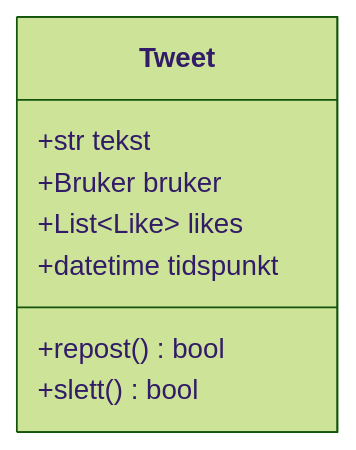
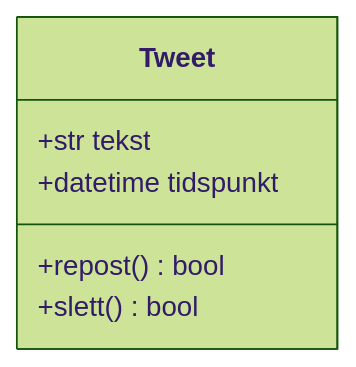
Before and after one commit to thorcc/it2-bok: the second of 7 diagrams in src/content/docs/apputvikling/2-oom.mdx, drawn with Mermaid (forest theme). The commit also changed other lines of this file, not shown here.

````diff
--- a/src/content/docs/apputvikling/2-oom.mdx
+++ b/src/content/docs/apputvikling/2-oom.mdx
@@ -91,12 +91,9 @@
 ```mermaid
 classDiagram
     class Tweet{
         +str tekst
-        +Bruker bruker
-        +List~Like~ likes
         +datetime tidspunkt
-
         +repost() bool
         +slett() bool
     }
 ```
````
